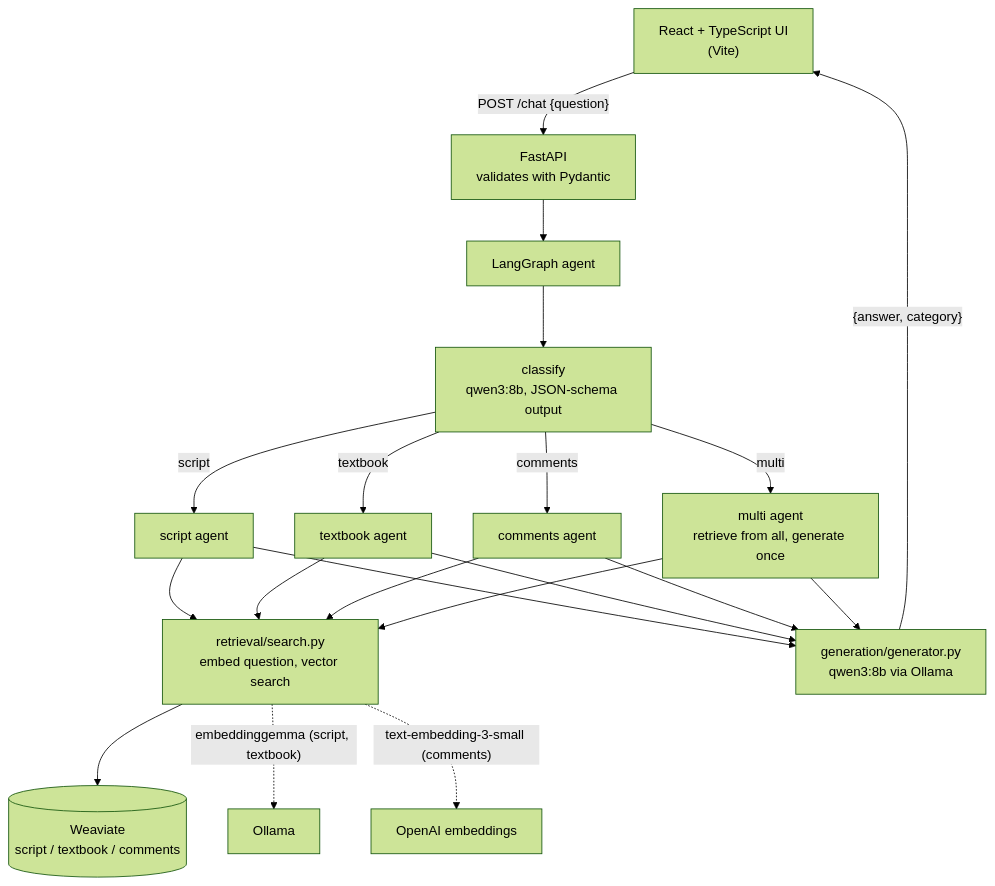
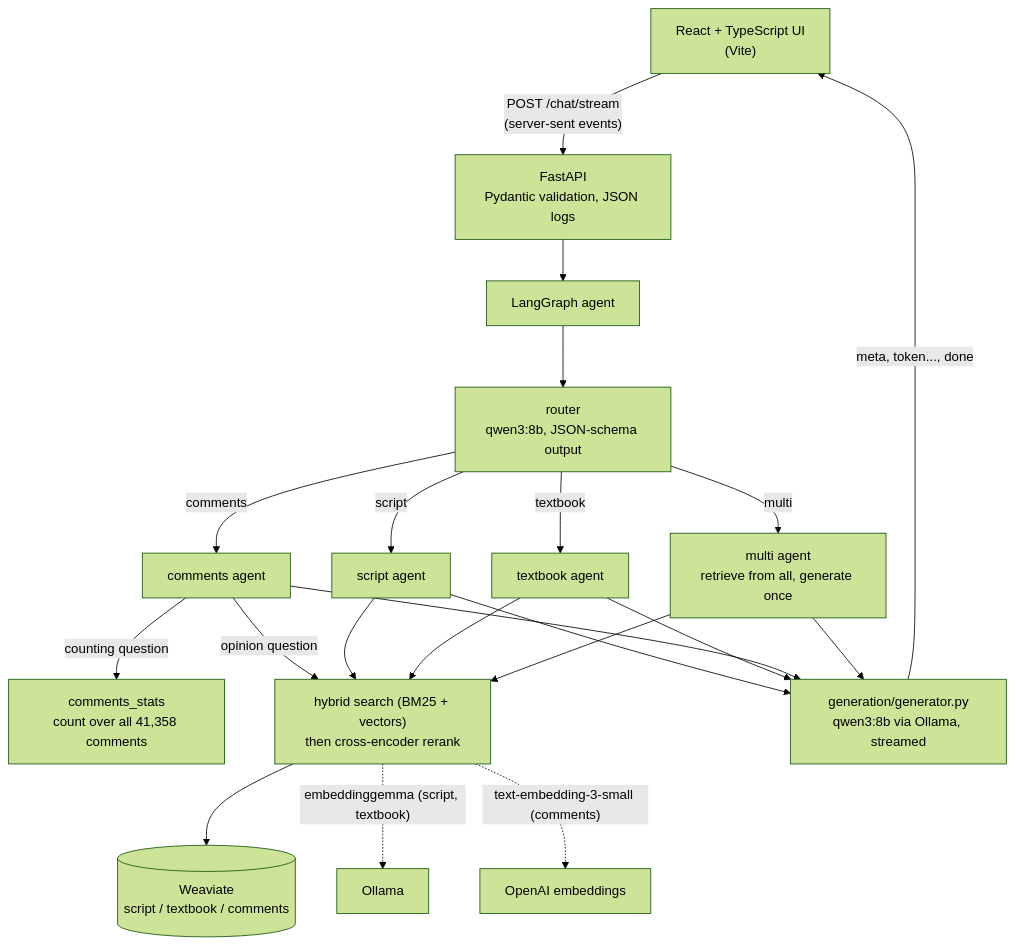
The diagram in README.md (sjv24/tesseract-v2), drawn with Mermaid (forest theme) before and after one commit. The commit also changed other lines of this file and 6 other files, not shown here.

````diff
--- a/README.md
+++ b/README.md
@@ -9,16 +27,18 @@
 ```mermaid
 flowchart TD
-    UI["React + TypeScript UI<br/>(Vite)"] -->|"POST /chat {question}"| API["FastAPI<br/>validates with Pydantic"]
+    UI["React + TypeScript UI<br/>(Vite)"] -->|"POST /chat/stream<br/>(server-sent events)"| API["FastAPI<br/>Pydantic validation, JSON logs"]
     API --> G["LangGraph agent"]
-    G --> C["classify<br/>qwen3:8b, JSON-schema output"]
+    G --> C["router<br/>qwen3:8b, JSON-schema output"]
     C -->|script| S[script agent]
     C -->|textbook| T[textbook agent]
-    C -->|comments| M[comments agent]
+    C -->|comments| M["comments agent"]
     C -->|multi| X["multi agent<br/>retrieve from all, generate once"]
-    S & T & M & X --> R["retrieval/search.py<br/>embed question, vector search"]
+    M -->|"counting question"| ST["comments_stats<br/>count over all 41,358 comments"]
+    M -->|"opinion question"| R
+    S & T & X --> R["hybrid search (BM25 + vectors)<br/>then cross-encoder rerank"]
     R --> W[("Weaviate<br/>script / textbook / comments")]
     R -.->|"embeddinggemma (script, textbook)"| O[Ollama]
     R -.->|"text-embedding-3-small (comments)"| OA[OpenAI embeddings]
-    S & T & M & X --> GEN["generation/generator.py<br/>qwen3:8b via Ollama"]
-    GEN -->|"{answer, category}"| UI
+    S & T & M & X --> GEN["generation/generator.py<br/>qwen3:8b via Ollama, streamed"]
+    GEN -->|"meta, token..., done"| UI
 ```
````
